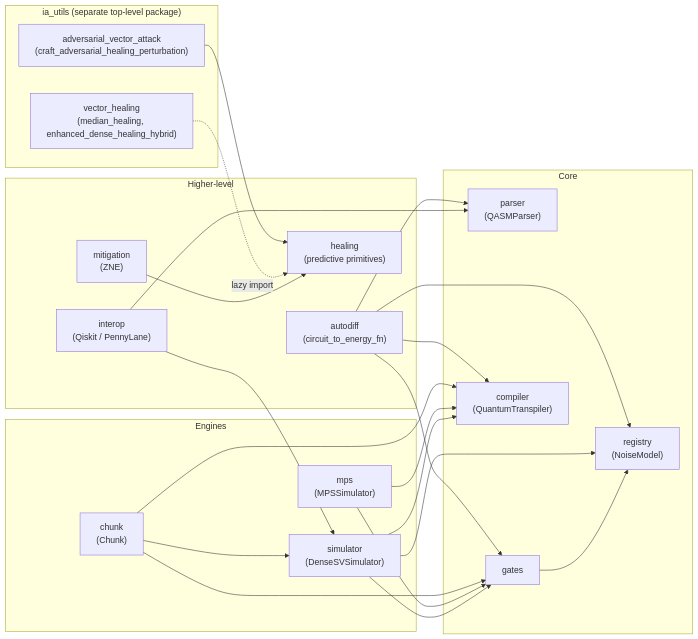
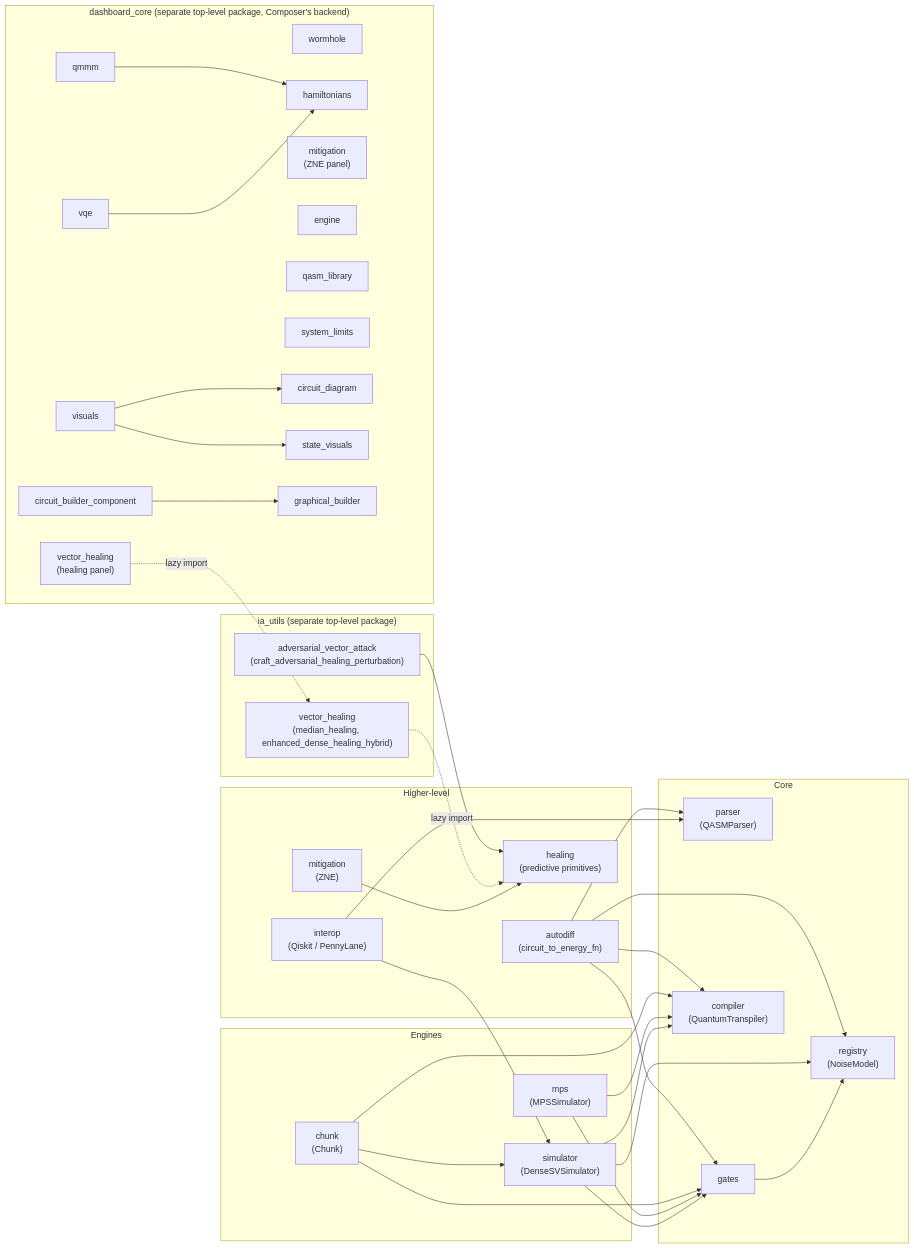
Before and after one commit to tatopenn-cell/Dense-Evolution: the diagram in docs/index.md, drawn with Mermaid. The commit also changed other lines of this file and 16 other files, not shown here.

First line of the commit message:
Document all 14 dashboard_core modules, update homepage diagram (#42)

````diff
--- a/docs/index.md
+++ b/docs/index.md
@@ -65,46 +89,70 @@
 ```mermaid
 flowchart LR
     subgraph core["Core"]
         parser["parser<br/>(QASMParser)"]
         gates["gates"]
         registry["registry<br/>(NoiseModel)"]
         compiler["compiler<br/>(QuantumTranspiler)"]
     end
 
     subgraph engines["Engines"]
         simulator["simulator<br/>(DenseSVSimulator)"]
         mps["mps<br/>(MPSSimulator)"]
         chunk["chunk<br/>(Chunk)"]
     end
 
     subgraph higher["Higher-level"]
         interop["interop<br/>(Qiskit / PennyLane)"]
         autodiff["autodiff<br/>(circuit_to_energy_fn)"]
         healing["healing<br/>(predictive primitives)"]
         mitigation["mitigation<br/>(ZNE)"]
     end
 
     subgraph iautils["ia_utils (separate top-level package)"]
         vhealing["vector_healing<br/>(median_healing, enhanced_dense_healing_hybrid)"]
         advattack["adversarial_vector_attack<br/>(craft_adversarial_healing_perturbation)"]
     end
 
+    subgraph dashcore["dashboard_core (separate top-level package, Composer's backend)"]
+        dc_wormhole["wormhole"]
+        dc_vqe["vqe"]
+        dc_hamiltonians["hamiltonians"]
+        dc_qmmm["qmmm"]
+        dc_mitigation["mitigation<br/>(ZNE panel)"]
+        dc_vector_healing["vector_healing<br/>(healing panel)"]
+        dc_engine["engine"]
+        dc_qasm_library["qasm_library"]
+        dc_system_limits["system_limits"]
+        dc_circuit_diagram["circuit_diagram"]
+        dc_state_visuals["state_visuals"]
+        dc_visuals["visuals"]
+        dc_graphical_builder["graphical_builder"]
+        dc_circuit_builder_component["circuit_builder_component"]
+    end
+
     gates --> registry
     simulator --> registry
     simulator --> gates
     simulator --> compiler
     mps --> compiler
     mps --> gates
     chunk --> simulator
     chunk --> compiler
     chunk --> gates
     interop --> parser
     interop --> simulator
     autodiff --> parser
     autodiff --> gates
     autodiff --> compiler
     autodiff --> registry
     mitigation --> healing
     vhealing -.->|lazy import| healing
     advattack --> healing
+
+    dc_vqe --> dc_hamiltonians
+    dc_qmmm --> dc_hamiltonians
+    dc_visuals --> dc_circuit_diagram
+    dc_visuals --> dc_state_visuals
+    dc_circuit_builder_component --> dc_graphical_builder
+    dc_vector_healing -.->|lazy import| vhealing
 ```
````
